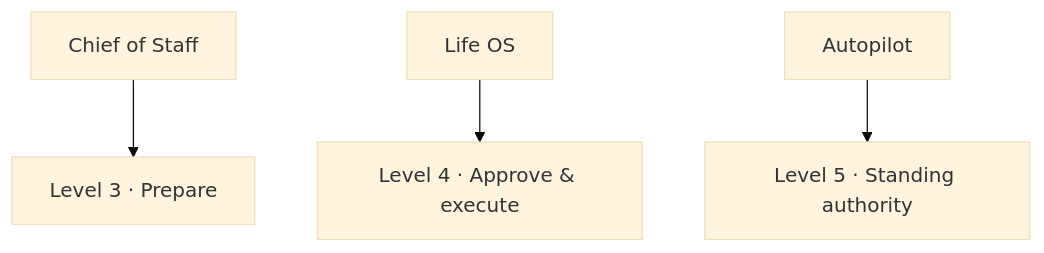
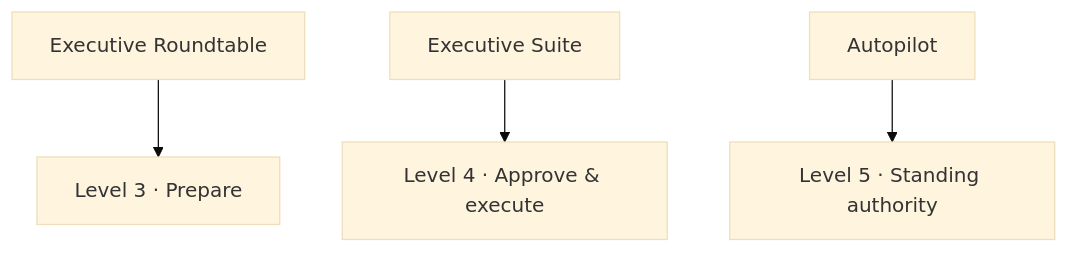
The second of 2 diagrams in docs/29-THREE-TIER-PRODUCT-CONTRACT.md (seq23/aplayer-mode), drawn with Mermaid (base theme) before and after one commit. The commit also changed other lines of this file and 47 other files, not shown here.

First line of the commit message:
Rename paid plans: Executive Roundtable, Executive Suite, Autopilot (ADR-0006)

````diff
--- a/docs/29-THREE-TIER-PRODUCT-CONTRACT.md
+++ b/docs/29-THREE-TIER-PRODUCT-CONTRACT.md
@@ -63,6 +63,6 @@
 ```mermaid
 flowchart TD
-  C[Chief of Staff] --> L3[Level 3 · Prepare]
-  L[Life OS] --> L4[Level 4 · Approve & execute]
+  C[Executive Roundtable] --> L3[Level 3 · Prepare]
+  L[Executive Suite] --> L4[Level 4 · Approve & execute]
   A[Autopilot] --> L5[Level 5 · Standing authority]
 ```
````
